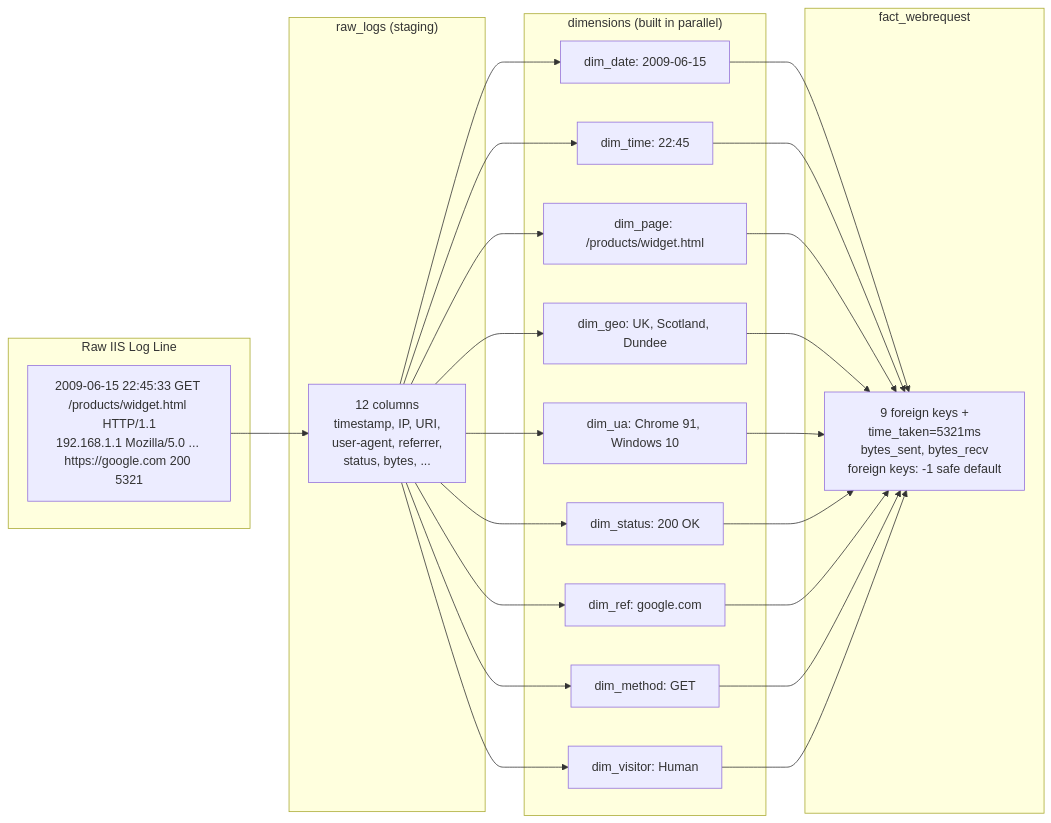
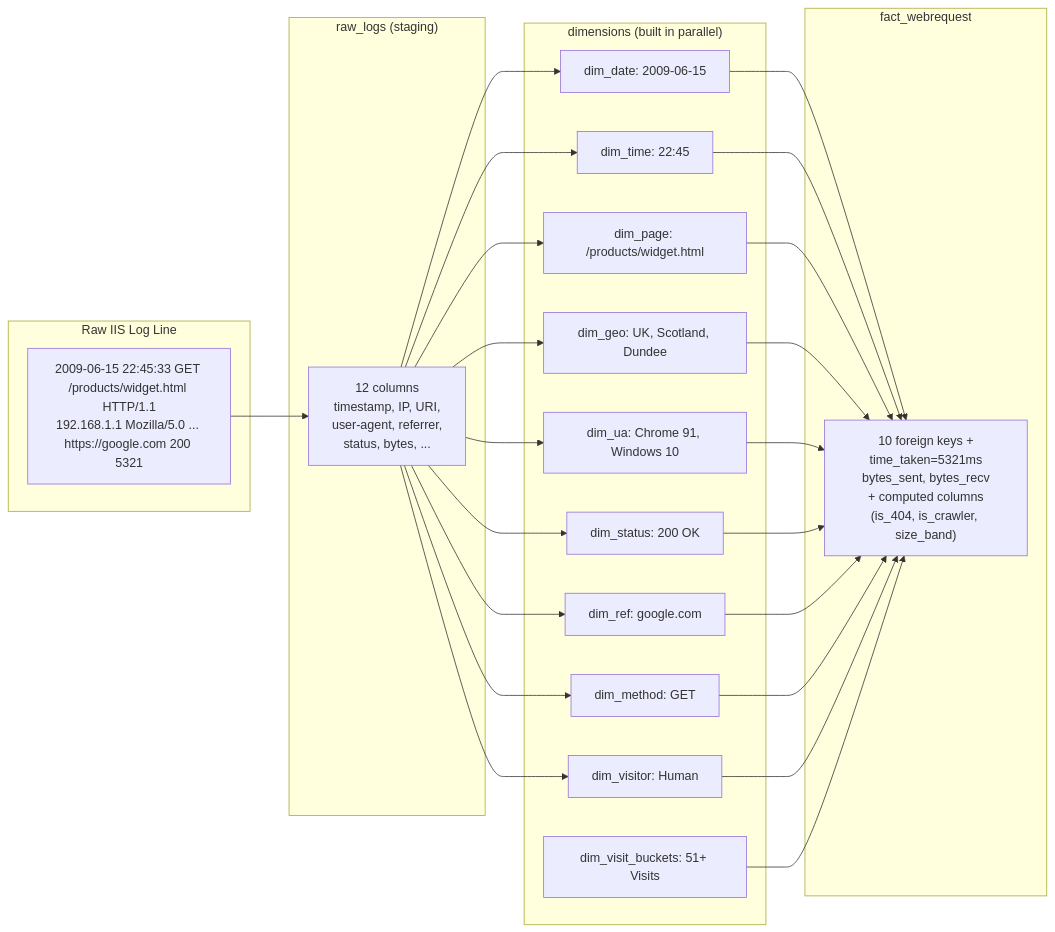
The sixth of 10 diagrams in README.md (AhmedIkram05/w3c-etl-pipeline), drawn with Mermaid before and after one commit. The commit also changed other lines of this file and 2 other files, not shown here.

Commit message:
Update README and diagrams for dbt integration and pipeline architecture

````diff
--- a/README.md
+++ b/README.md
@@ -285,46 +300,48 @@
 ```mermaid
 flowchart LR
     subgraph logline["Raw IIS Log Line"]
         line["2009-06-15 22:45:33 GET /products/widget.html HTTP/1.1<br/>192.168.1.1 Mozilla/5.0 ... https://google.com 200 5321"]
     end
     
     subgraph raw["raw_logs (staging)"]
         raw_row["12 columns<br/>timestamp, IP, URI,<br/>user-agent, referrer,<br/>status, bytes, ..."]
     end
     
     subgraph dims["dimensions (built in parallel)"]
         d1["dim_date: 2009-06-15"]
         d2["dim_time: 22:45"]
         d3["dim_page: /products/widget.html"]
         d4["dim_geo: UK, Scotland, Dundee"]
         d5["dim_ua: Chrome 91, Windows 10"]
         d6["dim_status: 200 OK"]
         d7["dim_ref: google.com"]
         d8["dim_method: GET"]
         d9["dim_visitor: Human"]
+        d10["dim_visit_buckets: 51+ Visits"]
     end
     
     subgraph fact["fact_webrequest"]
-        fact_row["9 foreign keys +<br/>time_taken=5321ms<br/>bytes_sent, bytes_recv<br/>foreign keys: -1 safe default"]
+        fact_row["10 foreign keys +<br/>time_taken=5321ms<br/>bytes_sent, bytes_recv<br/>+ computed columns<br/>(is_404, is_crawler, size_band)"]
     end
 
     line --> raw_row
     raw_row --> d1
     raw_row --> d2
     raw_row --> d3
     raw_row --> d4
     raw_row --> d5
     raw_row --> d6
     raw_row --> d7
     raw_row --> d8
     raw_row --> d9
     d1 --> fact_row
     d2 --> fact_row
     d3 --> fact_row
     d4 --> fact_row
     d5 --> fact_row
     d6 --> fact_row
     d7 --> fact_row
     d8 --> fact_row
     d9 --> fact_row
+    d10 --> fact_row
 ```
````
